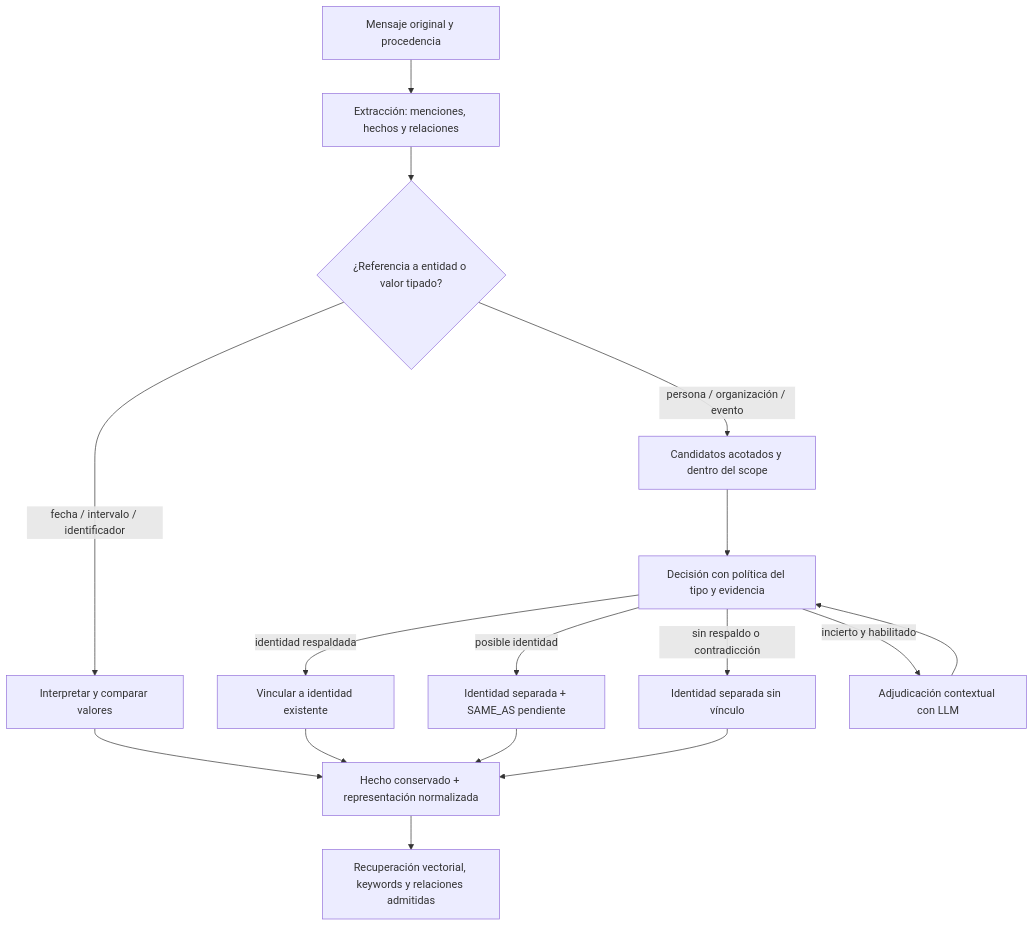
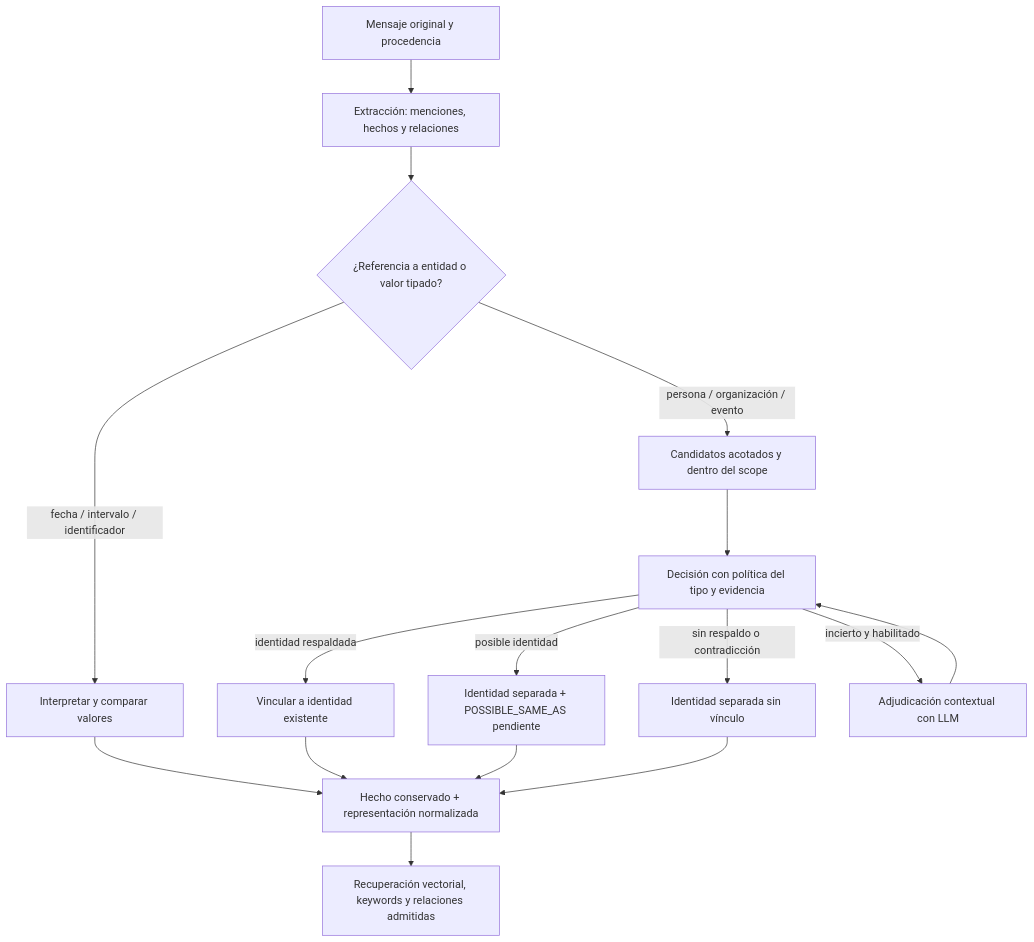
Before and after one commit to joslat/agent-memory-dotnet: the diagram in docs/evidence-based-identity-design.md, drawn with Mermaid. The commit also changed other lines of this file and 1 other file, not shown here.

````diff
--- a/docs/evidence-based-identity-design.md
+++ b/docs/evidence-based-identity-design.md
@@ -13,18 +13,18 @@
 ```mermaid
 flowchart TB
     A[Mensaje original y procedencia] --> B[Extracción: menciones, hechos y relaciones]
     B --> C{¿Referencia a entidad o valor tipado?}
     C -->|fecha / intervalo / identificador| D[Interpretar y comparar valores]
     C -->|persona / organización / evento| E[Candidatos acotados y dentro del scope]
     E --> F[Decisión con política del tipo y evidencia]
     F -->|identidad respaldada| G[Vincular a identidad existente]
-    F -->|posible identidad| H[Identidad separada + SAME_AS pendiente]
+    F -->|posible identidad| H[Identidad separada + POSSIBLE_SAME_AS pendiente]
     F -->|sin respaldo o contradicción| I[Identidad separada sin vínculo]
     F -->|incierto y habilitado| J[Adjudicación contextual con LLM]
     J --> F
     D --> K[Hecho conservado + representación normalizada]
     G --> K
     H --> K
     I --> K
     K --> L[Recuperación vectorial, keywords y relaciones admitidas]
 ```
````
